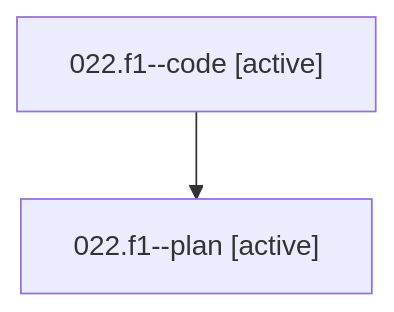
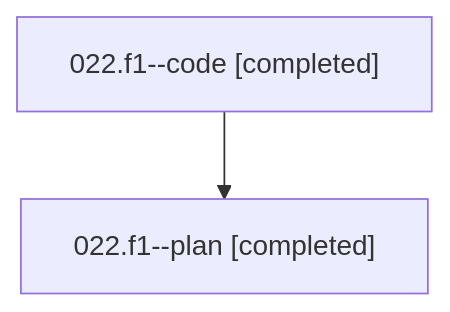
Before and after one commit to bobs-org/bob-cli--agents: the diagram in families/bbugyi200.athena.022.f1.md, drawn with Mermaid. The commit also changed other lines of this file and 20 other files, not shown here.

````diff
--- a/families/bbugyi200.athena.022.f1.md
+++ b/families/bbugyi200.athena.022.f1.md
@@ -9,6 +9,6 @@
 ```mermaid
 flowchart TD
-  n0["022.f1--code [active]"]
-  n1["022.f1--plan [active]"]
+  n0["022.f1--code [completed]"]
+  n1["022.f1--plan [completed]"]
   n0 --> n1
 ```
````
